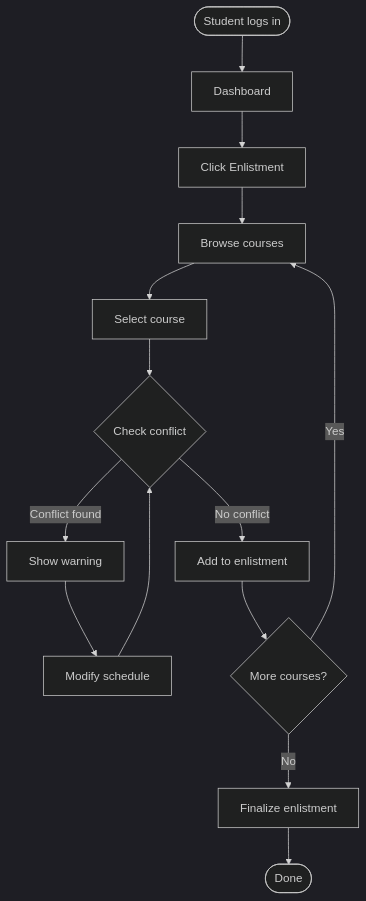
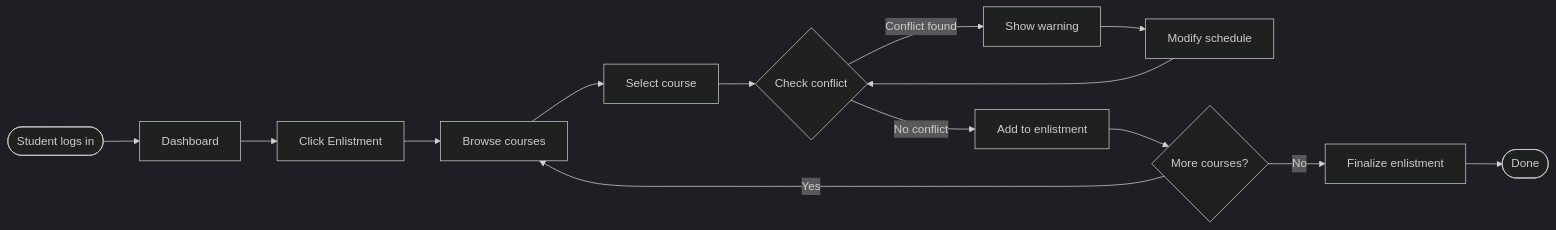
The third of 3 diagrams in README.md (Synthixi/CRS-2.0), drawn with Mermaid (dark theme) before and after one commit. The commit also changed other lines of this file, not shown here.

Commit message:
make enlistment flowchart horizontal

````diff
--- a/README.md
+++ b/README.md
@@ -305,20 +305,20 @@
 ```mermaid
-flowchart TD
+flowchart LR
     Start([Student logs in]) --> Dashboard[Dashboard]
     Dashboard --> Enlist[Click Enlistment]
     Enlist --> Browse[Browse courses]
     Browse --> Select[Select course]
     Select --> Check{Check conflict}
     
     Check -->|Conflict found| Warn[Show warning]
     Warn --> Modify[Modify schedule]
     Modify --> Check
     
     Check -->|No conflict| Add[Add to enlistment]
     Add --> More{More courses?}
     
     More -->|Yes| Browse
     More -->|No| Finalize[Finalize enlistment]
     
     Finalize --> End([Done])
 ```
````
